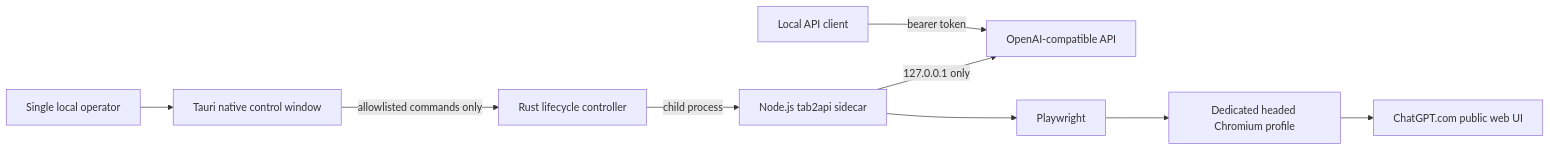
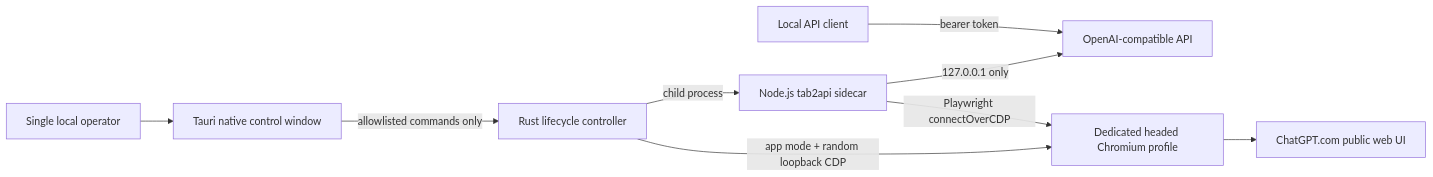
Before and after one commit to tang-vu/tab2api: the diagram in docs/desktop.md, drawn with Mermaid. The commit also changed other lines of this file and 11 other files, not shown here.

Commit message:
feat: host dedicated Chromium in desktop shell

````diff
--- a/docs/desktop.md
+++ b/docs/desktop.md
@@ -11,11 +11,11 @@
 ```mermaid
 flowchart LR
     U[Single local operator] --> W[Tauri native control window]
     W -->|allowlisted commands only| R[Rust lifecycle controller]
     R -->|child process| N[Node.js tab2api sidecar]
     N -->|127.0.0.1 only| A[OpenAI-compatible API]
-    N --> P[Playwright]
-    P --> C[Dedicated headed Chromium profile]
+    R -->|app mode + random loopback CDP| C[Dedicated headed Chromium profile]
+    N -->|Playwright connectOverCDP| C
     C --> G[ChatGPT.com public web UI]
     L[Local API client] -->|bearer token| A
 ```
````
